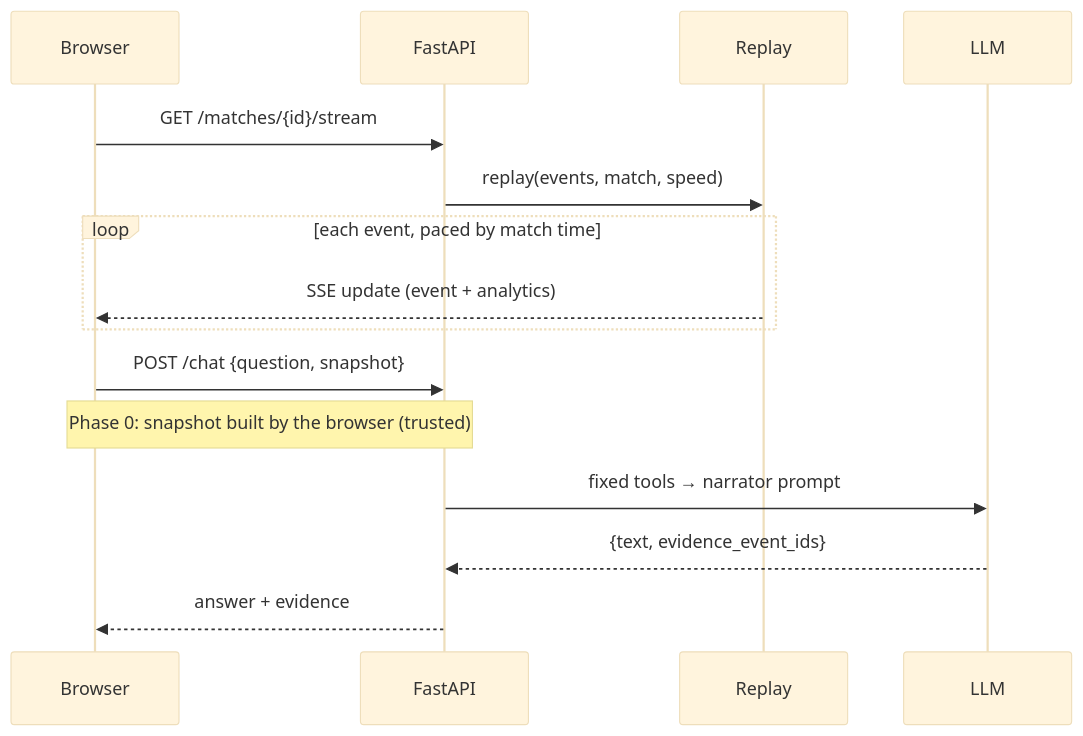
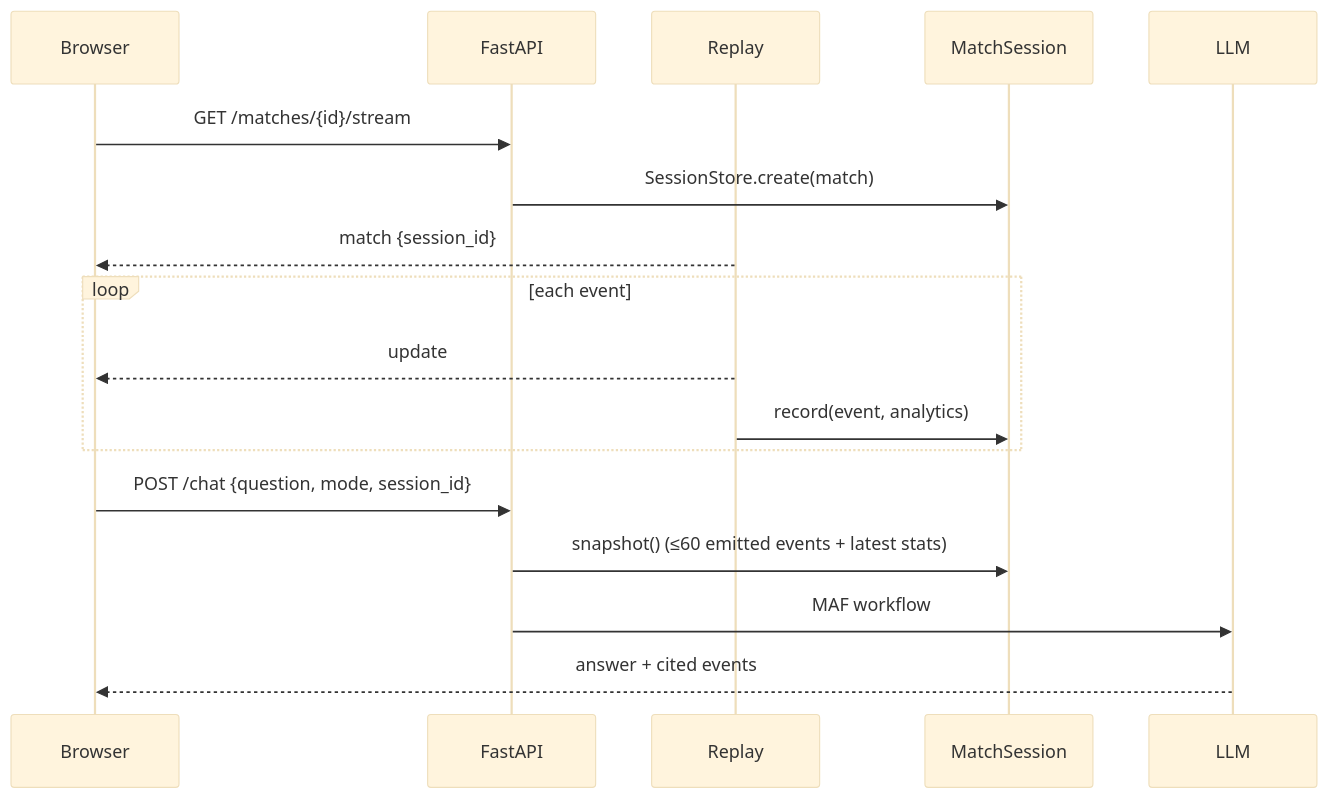
The second of 2 diagrams in docs/architecture.md (fouratrachid/Inside-the-Game-Hackathon), drawn with Mermaid (base theme) before and after one commit. The commit also changed other lines of this file and 24 other files, not shown here.

First line of the commit message:
Phase 1: server-side match sessions for chat context

````diff
--- a/docs/architecture.md
+++ b/docs/architecture.md
@@ -21,17 +25,19 @@
 ```mermaid
 sequenceDiagram
     participant B as Browser
     participant S as FastAPI
     participant R as Replay
+    participant M as MatchSession
     participant L as LLM
     B->>S: GET /matches/{id}/stream
-    S->>R: replay(events, match, speed)
-    loop each event, paced by match time
-        R-->>B: SSE update (event + analytics)
+    S->>M: SessionStore.create(match)
+    R-->>B: match {session_id}
+    loop each event
+        R-->>B: update
+        R->>M: record(event, analytics)
     end
-    B->>S: POST /chat {question, snapshot}
-    Note over B,S: Phase 0: snapshot built by the browser (trusted)
-    S->>L: fixed tools → narrator prompt
-    L-->>S: {text, evidence_event_ids}
-    S-->>B: answer + evidence
+    B->>S: POST /chat {question, mode, session_id}
+    S->>M: snapshot() (≤60 emitted events + latest stats)
+    S->>L: MAF workflow
+    L-->>B: answer + cited events
 ```
````
